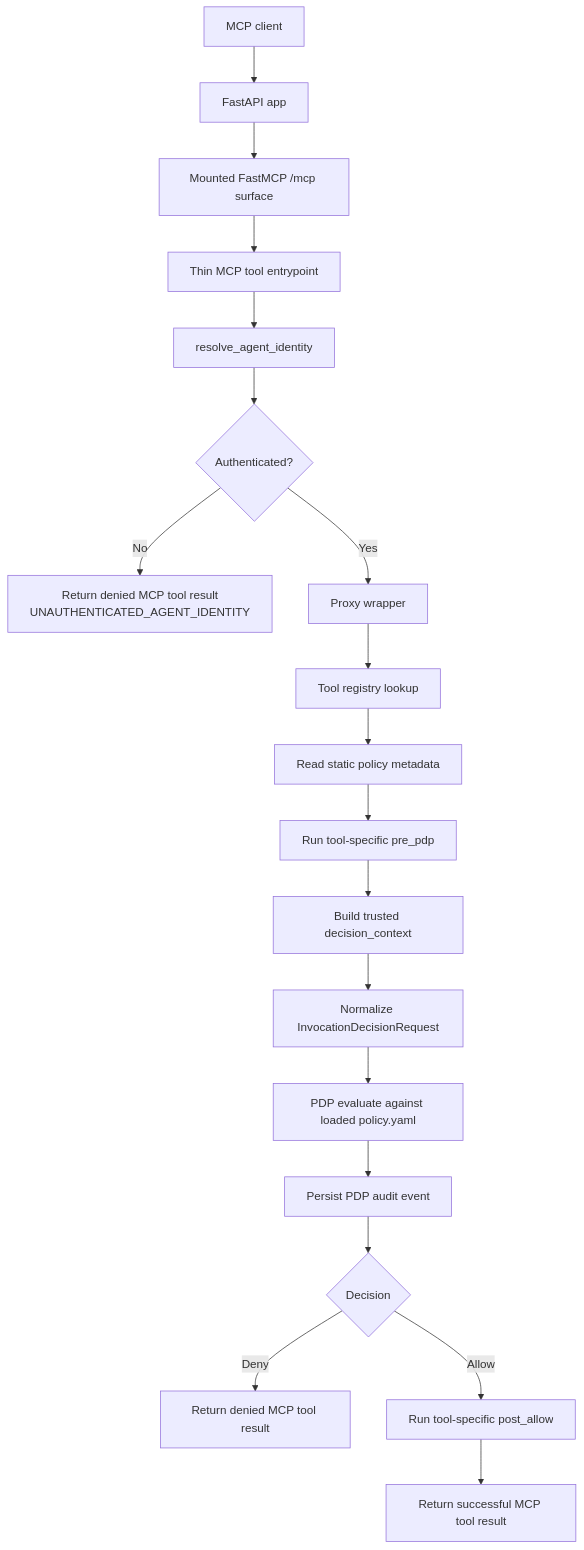
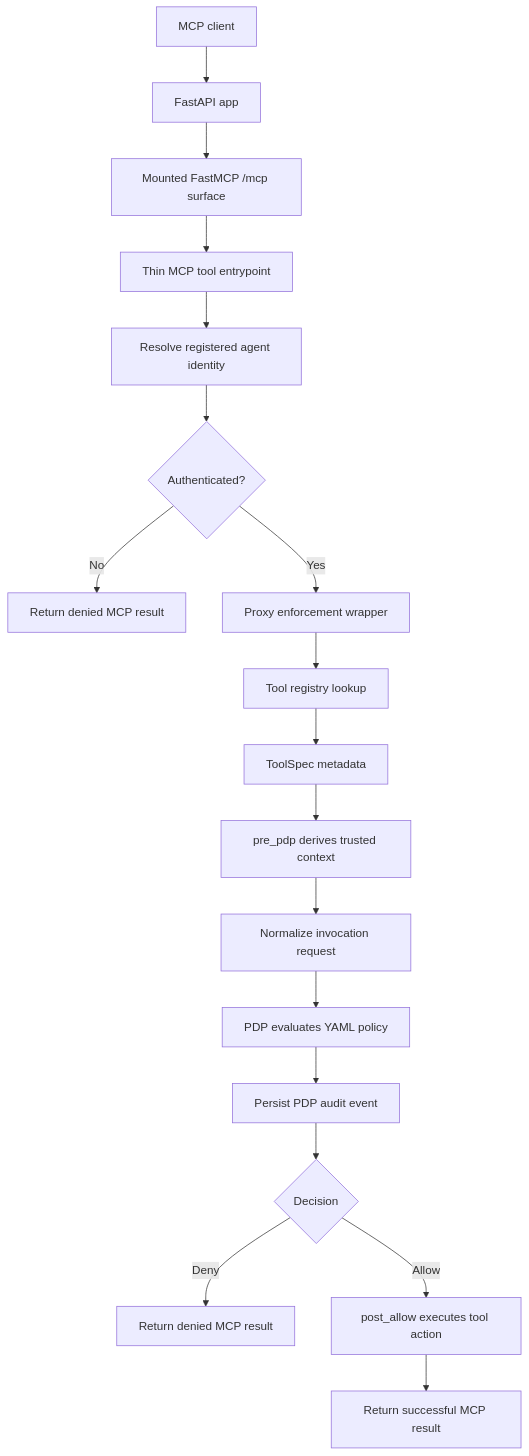
The first of 2 diagrams in README.md (keithataylor/aws-python-service-platform), drawn with Mermaid before and after one commit. The commit also changed other lines of this file and 2 other files, not shown here.

````diff
--- a/README.md
+++ b/README.md
@@ -83,26 +80,25 @@
 ```mermaid
 flowchart TD
     A[MCP client] --> B[FastAPI app]
     B --> C[Mounted FastMCP /mcp surface]
     C --> D[Thin MCP tool entrypoint]
 
-    D --> E[resolve_agent_identity]
+    D --> E[Resolve registered agent identity]
     E --> F{Authenticated?}
 
-    F -- No --> G[Return denied MCP tool result<br/>UNAUTHENTICATED_AGENT_IDENTITY]
-    F -- Yes --> H[Proxy wrapper]
+    F -- No --> G[Return denied MCP result]
+    F -- Yes --> H[Proxy enforcement wrapper]
 
     H --> I[Tool registry lookup]
-    I --> J[Read static policy metadata]
-    J --> K[Run tool-specific pre_pdp]
-    K --> L[Build trusted decision_context]
-    L --> M[Normalize InvocationDecisionRequest]
-    M --> N[PDP evaluate against loaded policy.yaml]
-    N --> O[Persist PDP audit event]
+    I --> J[ToolSpec metadata]
+    J --> K[pre_pdp derives trusted context]
+    K --> L[Normalize invocation request]
+    L --> M[PDP evaluates YAML policy]
+    M --> N[Persist PDP audit event]
 
-    O --> P{Decision}
+    N --> O{Decision}
 
-    P -- Deny --> Q[Return denied MCP tool result]
-    P -- Allow --> R[Run tool-specific post_allow]
-    R --> S[Return successful MCP tool result]
+    O -- Deny --> P[Return denied MCP result]
+    O -- Allow --> Q[post_allow executes tool action]
+    Q --> R[Return successful MCP result]
 ```
````
